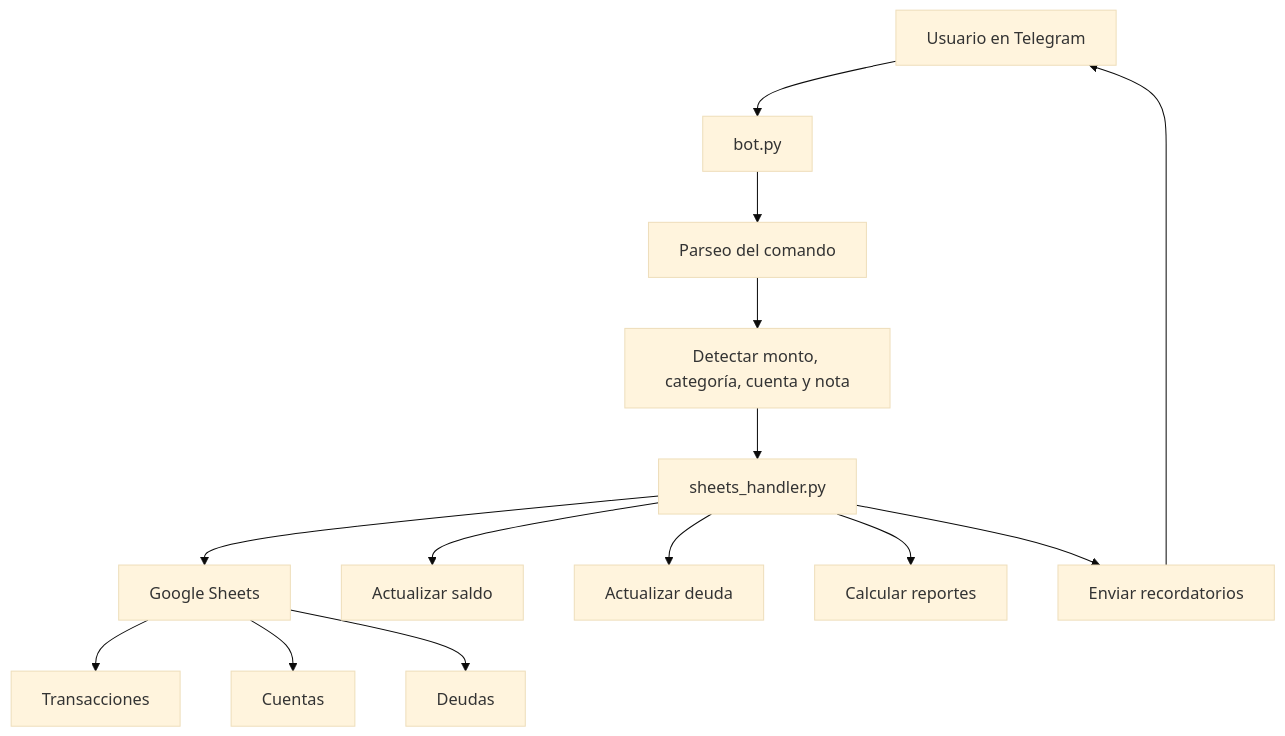
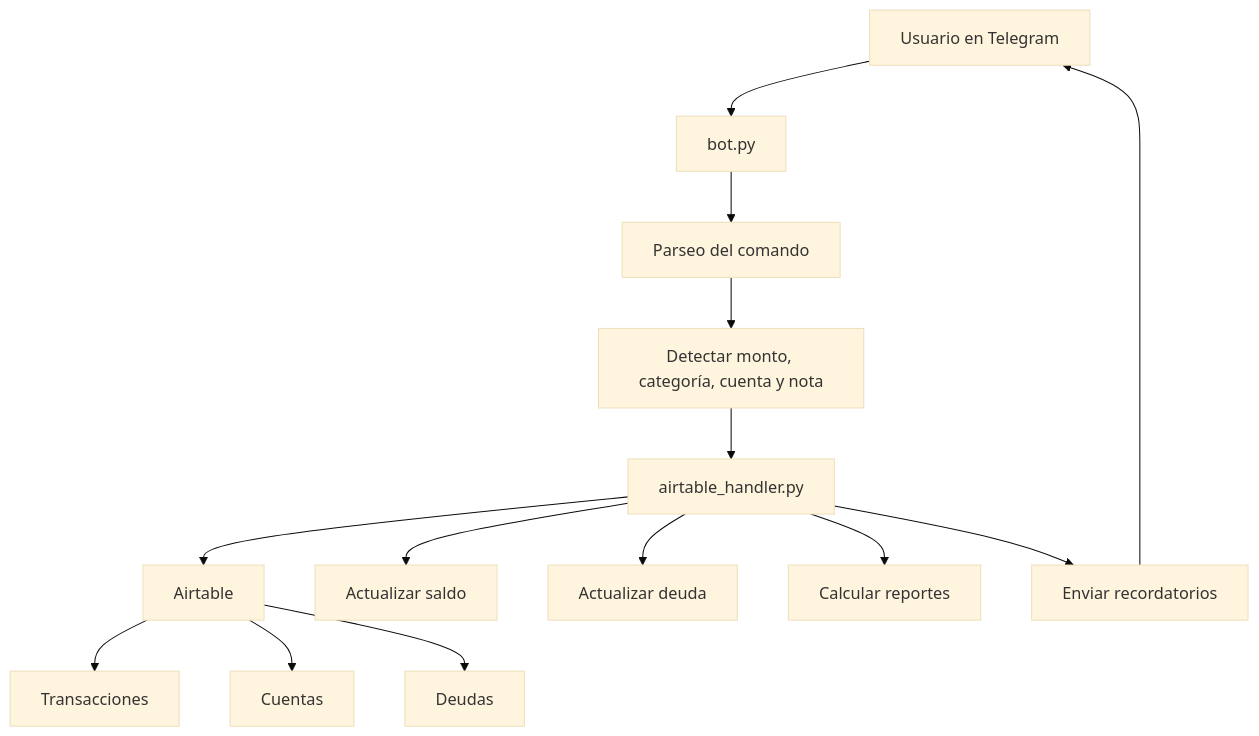
The first of 3 diagrams in README.md (maishet/finanzas-bot), drawn with Mermaid (base theme) before and after one commit. The commit also changed other lines of this file and 7 other files, not shown here.

````diff
--- a/README.md
+++ b/README.md
@@ -71,16 +155,16 @@
 ```mermaid
 flowchart TD
 	A[Usuario en Telegram] --> B[bot.py]
 	B --> C[Parseo del comando]
 	C --> D[Detectar monto, categoría, cuenta y nota]
-	D --> E[sheets_handler.py]
-	E --> F[Google Sheets]
+	D --> E[airtable_handler.py]
+	E --> F[Airtable]
 	F --> G[Transacciones]
 	F --> H[Cuentas]
 	F --> I[Deudas]
 	E --> J[Actualizar saldo]
 	E --> K[Actualizar deuda]
 	E --> L[Calcular reportes]
 	E --> M[Enviar recordatorios]
 	M --> A
 ```
````
